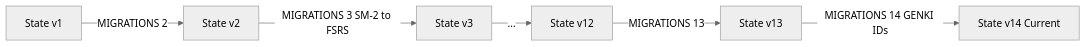
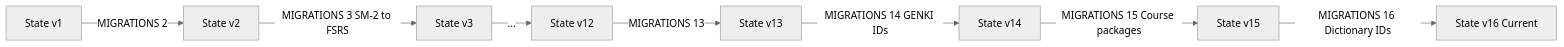
One commit to mootxed/Kitsune-GENKI changed the diagram in docs/data/migrations.md. Above: the diagram before and after it, drawn with Mermaid (neutral theme). The commit also changed other lines of this file and 92 other files, not shown here.

Commit message:
feat(dictionary): add global application dictionary architecture

````diff
--- a/docs/data/migrations.md
+++ b/docs/data/migrations.md
@@ -11,8 +14,10 @@
 ```mermaid
 graph LR
     V1[State v1] -->|MIGRATIONS 2| V2[State v2]
     V2 -->|MIGRATIONS 3 SM-2 to FSRS| V3[State v3]
     V3 -->|...| V12[State v12]
     V12 -->|MIGRATIONS 13| V13[State v13]
-    V13 -->|MIGRATIONS 14 GENKI IDs| V14[State v14 Current]
+    V13 -->|MIGRATIONS 14 GENKI IDs| V14[State v14]
+    V14 -->|MIGRATIONS 15 Course packages| V15[State v15]
+    V15 -->|MIGRATIONS 16 Dictionary IDs| V16[State v16 Current]
 ```
````
